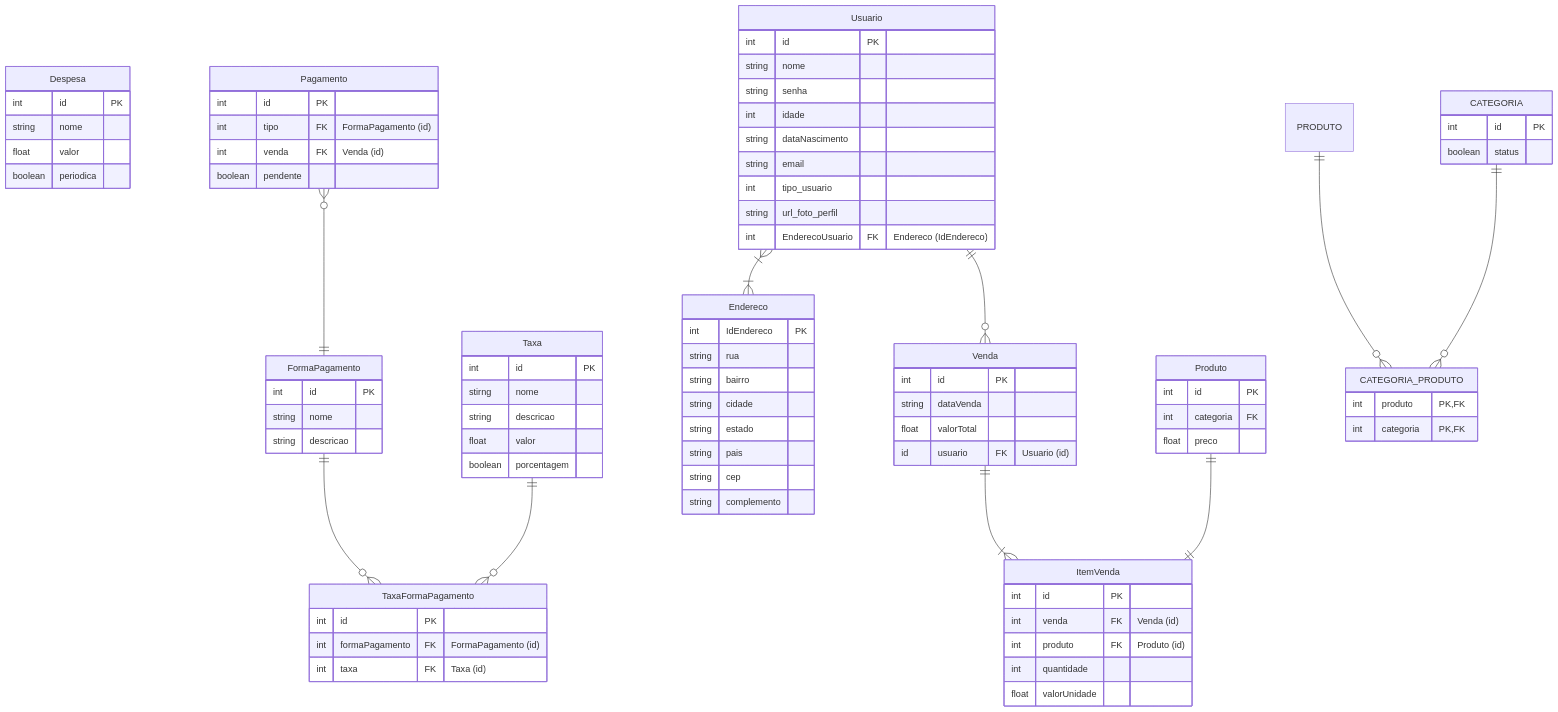
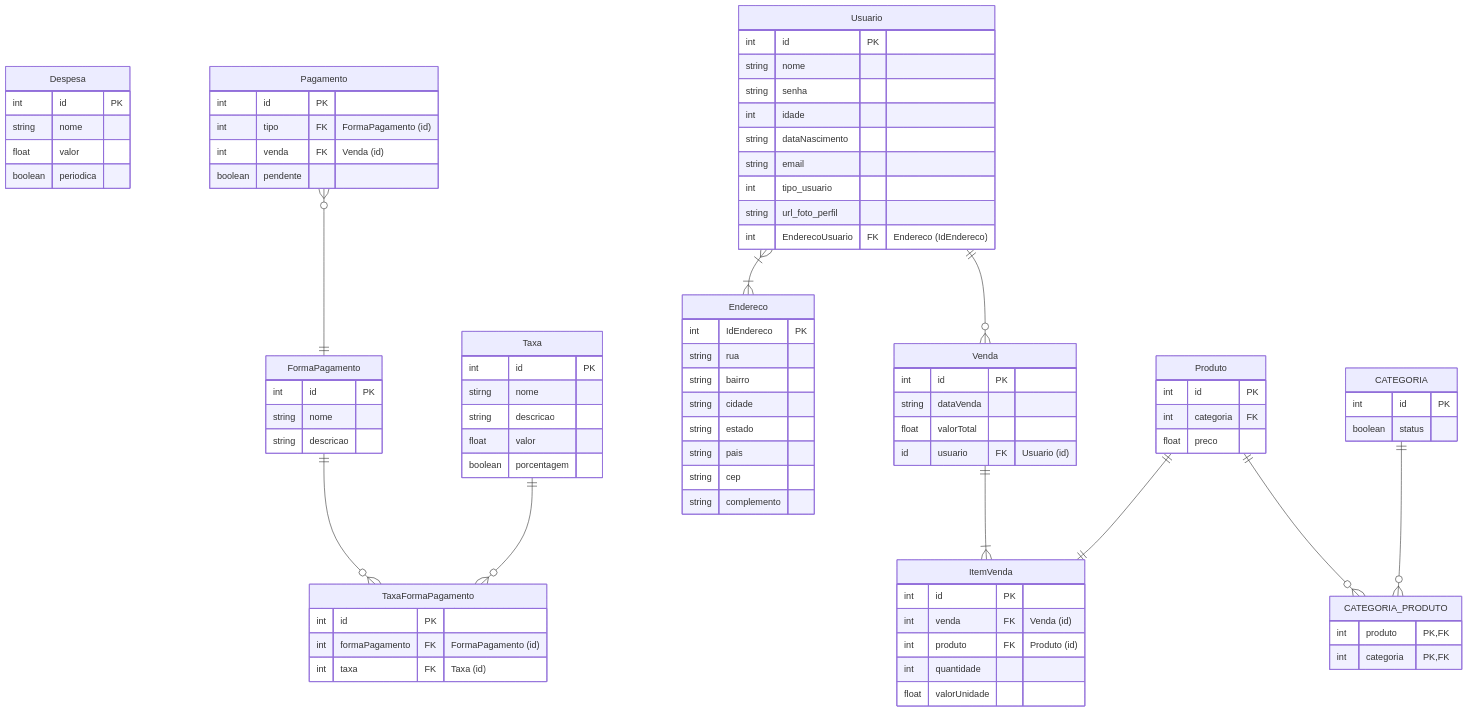
One commit to Control-Cash/controlcash changed the diagram in docs/documento-de-modelos.md. Above: the diagram before and after it, drawn with Mermaid.

Commit message:
modificando o nome da Entidade PRODUTO

````diff
--- a/docs/documento-de-modelos.md
+++ b/docs/documento-de-modelos.md
@@ -108,6 +108,6 @@
     boolean status
   }
 
-  PRODUTO ||--o{ CATEGORIA_PRODUTO : ""
+  Produto ||--o{ CATEGORIA_PRODUTO : ""
   CATEGORIA ||--o{ CATEGORIA_PRODUTO : ""
 ```
````
